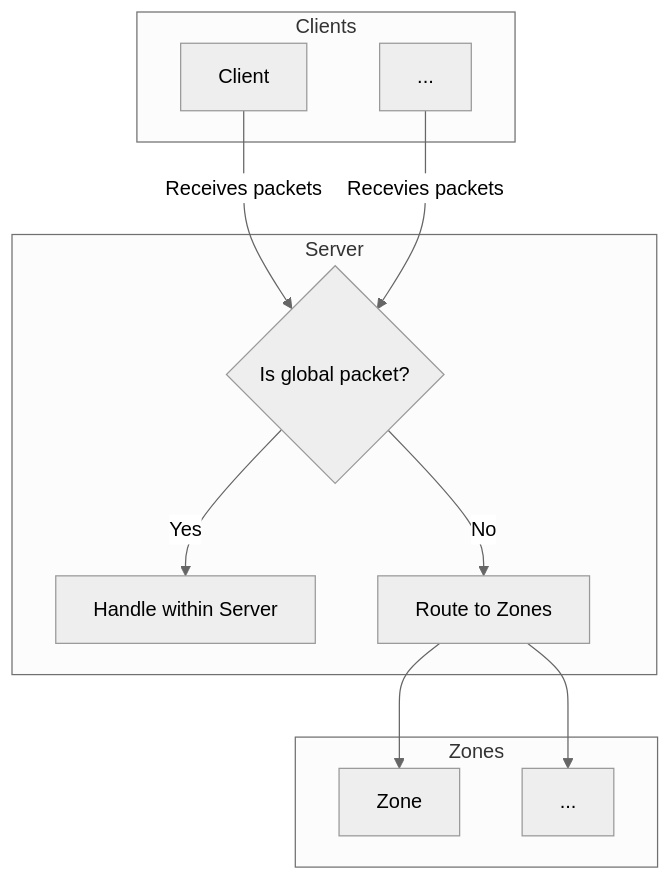
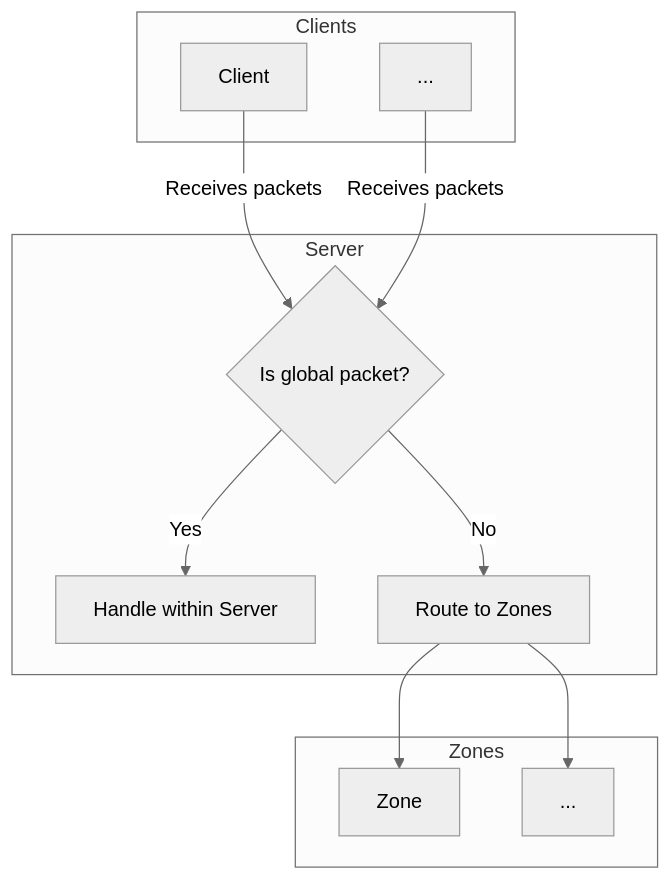
Before and after one commit to tower-online/tower-main: the diagram in README.md, drawn with Mermaid (neutral theme).

````diff
--- a/README.md
+++ b/README.md
@@ -4,27 +4,27 @@
 ```mermaid
 flowchart TD
     subgraph Clients
         C1[Client]
         C2[...]
     end
 
     subgraph Server 
         S{Is global packet?}
         SH[Handle within Server]
         SR[Route to Zones]
     end
 
     subgraph Zones
         Z1[Zone]
         Z2[...]
     end
 
     C1 -->|Receives packets| S
-    C2 -->|Recevies packets| S
+    C2 -->|Receives packets| S
 
     S -->|Yes| SH
     S -->|No| SR
 
     SR --> Z1
     SR --> Z2
 ```
````
